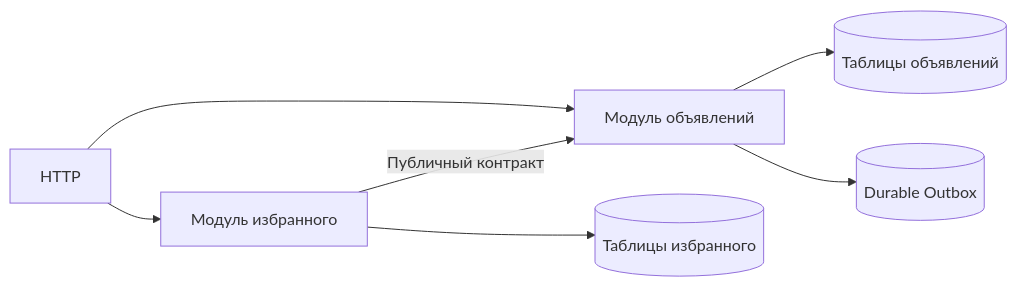
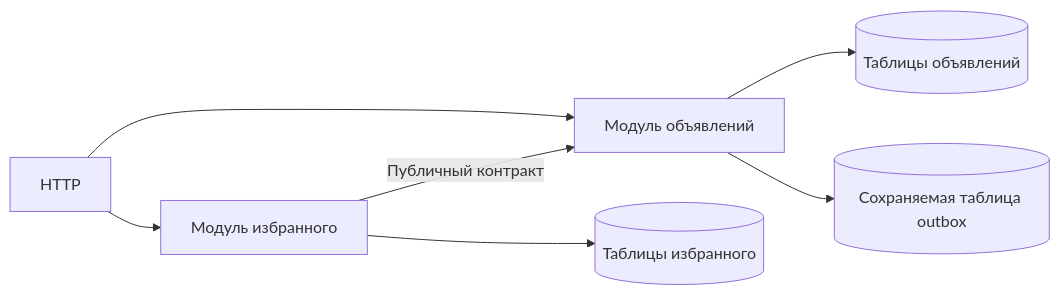
The diagram in docs/backend-architecture/modular-monolith.md (leary1337/vault), drawn with Mermaid before and after one commit. The commit also changed other lines of this file and 325 other files, not shown here.

````diff
--- a/docs/backend-architecture/modular-monolith.md
+++ b/docs/backend-architecture/modular-monolith.md
@@ -41,9 +26,9 @@
 ```mermaid
 flowchart LR
     API[HTTP] --> Ads[Модуль объявлений]
     API --> Fav[Модуль избранного]
     Fav -->|Публичный контракт| Ads
     Ads --> AT[(Таблицы объявлений)]
     Fav --> FT[(Таблицы избранного)]
-    Ads --> OB[(Durable Outbox)]
+    Ads --> OB[(Сохраняемая таблица outbox)]
 ```
````
